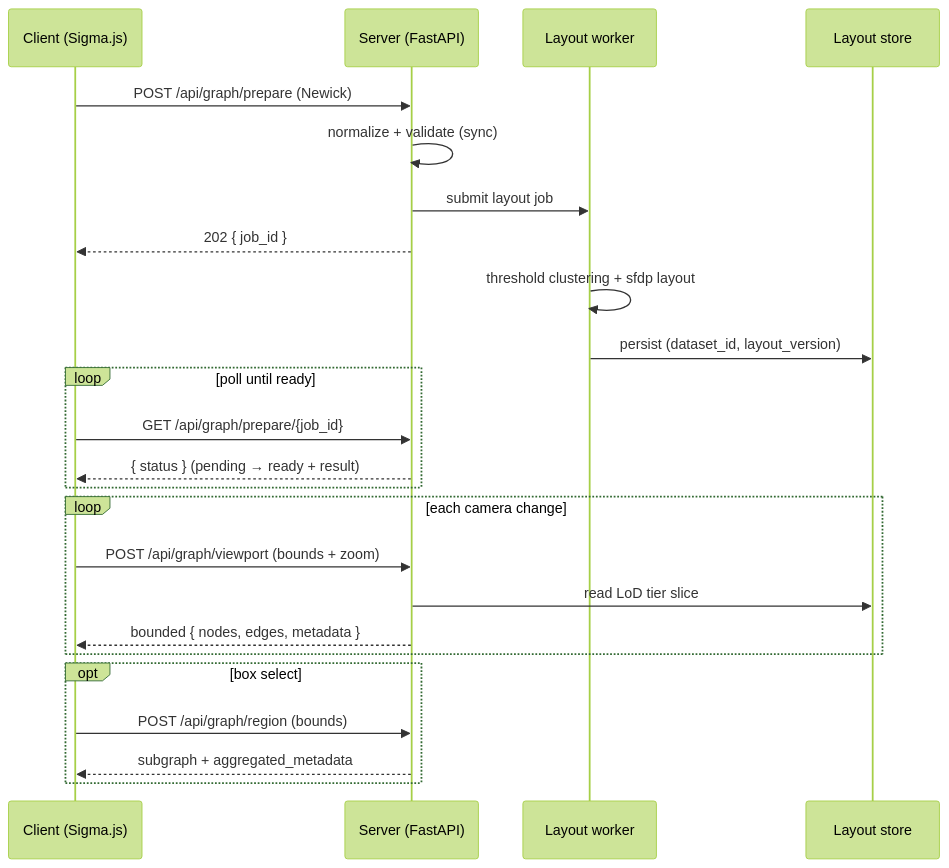
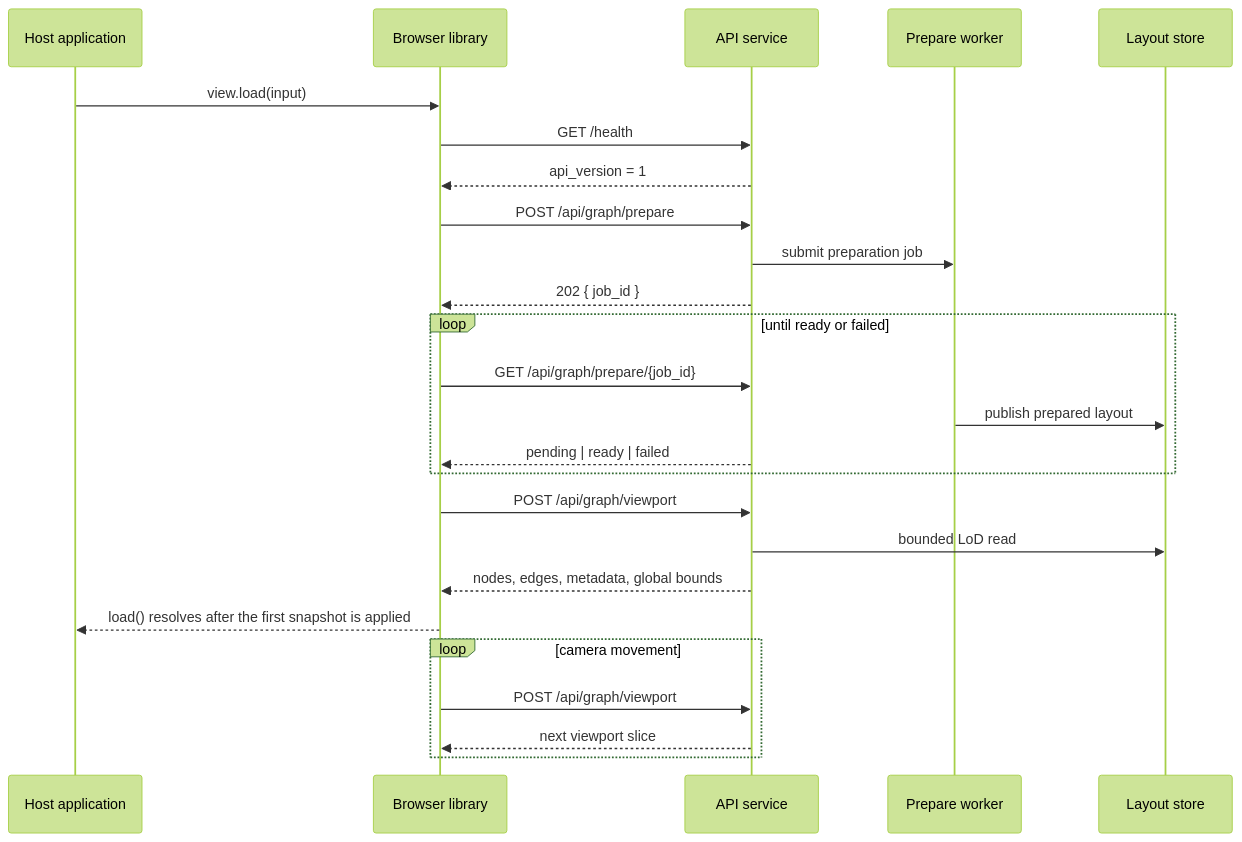
The diagram in README.md (phyloviz/phylo-lens), drawn with Mermaid (forest theme) before and after one commit. The commit also changed other lines of this file and 17 other files, not shown here.

````diff
--- a/README.md
+++ b/README.md
@@ -24,30 +57,31 @@
 ```mermaid
 sequenceDiagram
-  participant C as Client (Sigma.js)
-  participant S as Server (FastAPI)
-  participant W as Layout worker
-  participant DB as Layout store
+  participant H as Host application
+  participant L as Browser library
+  participant A as API service
+  participant W as Prepare worker
+  participant D as Layout store
 
-  C->>S: POST /api/graph/prepare (Newick)
-  S->>S: normalize + validate (sync)
-  S->>W: submit layout job
-  S-->>C: 202 { job_id }
-  W->>W: threshold clustering + sfdp layout
-  W->>DB: persist (dataset_id, layout_version)
+  H->>L: view.load(input)
+  L->>A: GET /health
+  A-->>L: api_version = 1
+  L->>A: POST /api/graph/prepare
+  A->>W: submit preparation job
+  A-->>L: 202 { job_id }
 
-  loop poll until ready
-    C->>S: GET /api/graph/prepare/{job_id}
-    S-->>C: { status } (pending → ready + result)
+  loop until ready or failed
+    L->>A: GET /api/graph/prepare/{job_id}
+    W->>D: publish prepared layout
+    A-->>L: pending | ready | failed
   end
 
-  loop each camera change
-    C->>S: POST /api/graph/viewport (bounds + zoom)
-    S->>DB: read LoD tier slice
-    S-->>C: bounded { nodes, edges, metadata }
-  end
+  L->>A: POST /api/graph/viewport
+  A->>D: bounded LoD read
+  A-->>L: nodes, edges, metadata, global bounds
+  L-->>H: load() resolves after the first snapshot is applied
 
-  opt box select
-    C->>S: POST /api/graph/region (bounds)
-    S-->>C: subgraph + aggregated_metadata
+  loop camera movement
+    L->>A: POST /api/graph/viewport
+    A-->>L: next viewport slice
   end
 ```
````
